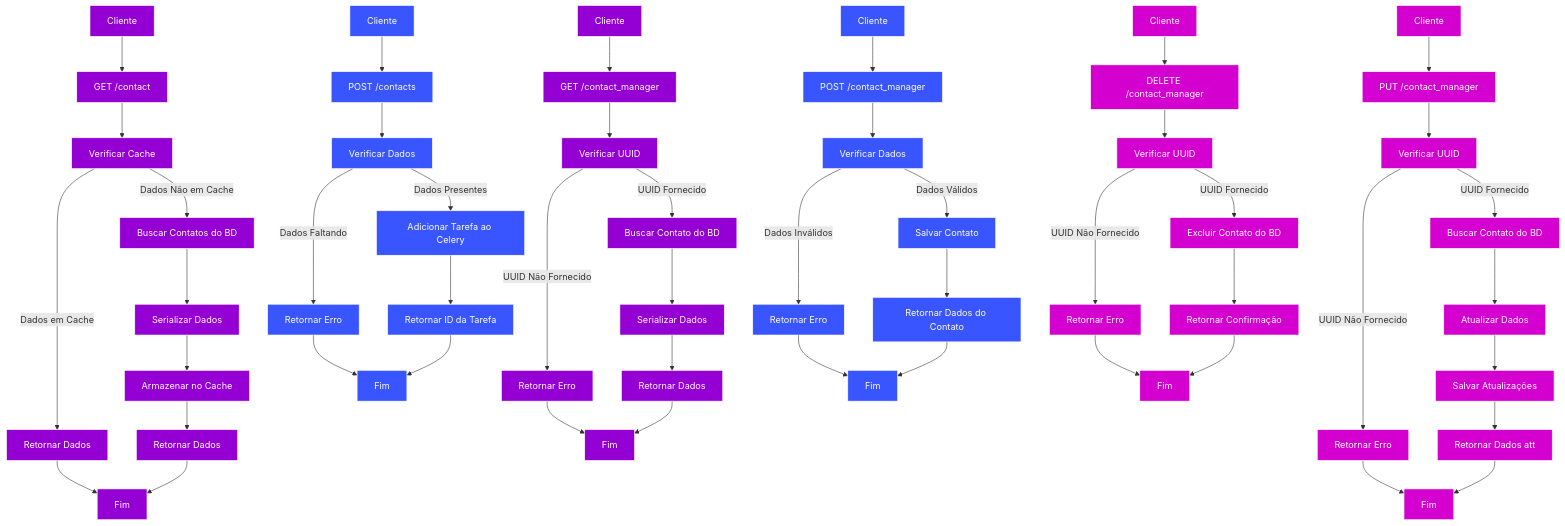
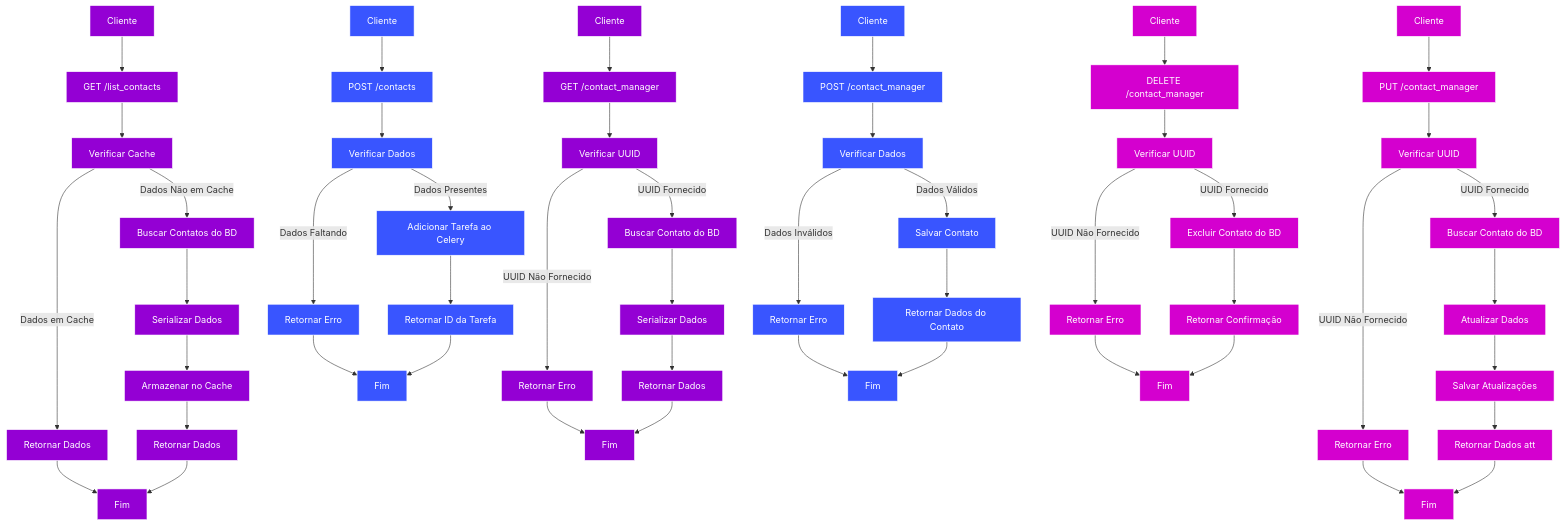
The diagram in diagrams.md (matheusbanqueiro/desafio-smbot), drawn with Mermaid before and after one commit. The commit also changed 3 other files, not shown here.

Commit message:
Style: Name of function get_all_contact replace for list_contacts

````diff
--- a/diagrams.md
+++ b/diagrams.md
@@ -14,68 +14,68 @@
 ```mermaid
 flowchart TD
     %% Estilos globais para o diagrama
     classDef azul fill:#3955FF,stroke:#ffffff,color:#ffffff;
     classDef rosa fill:#D400CF,stroke:#ffffff,color:#ffffff;
     classDef roxo fill:#9400D4,stroke:#ffffff,color:#ffffff;
 
-    A1[Cliente] --> B1[GET /contact]
+    A1[Cliente] --> B1[GET /list_contacts]
     B1 --> C1[Verificar Cache]
     C1 -->|Dados em Cache| D1[Retornar Dados]
     D1 --> E1[Fim]
     C1 -->|Dados Não em Cache| F1[Buscar Contatos do BD]
     F1 --> G1[Serializar Dados]
     G1 --> H1[Armazenar no Cache]
     H1 --> I1[Retornar Dados]
     I1 --> E1[Fim]
 
     A2[Cliente] --> B2[POST /contacts]
     B2 --> C2[Verificar Dados]
     C2 -->|Dados Faltando| D2[Retornar Erro]
     D2 --> E2[Fim]
     C2 -->|Dados Presentes| F2[Adicionar Tarefa ao Celery]
     F2 --> G2[Retornar ID da Tarefa]
     G2 --> E2[Fim]
 
     A3[Cliente] --> B3[GET /contact_manager]
     B3 --> C3[Verificar UUID]
     C3 -->|UUID Não Fornecido| D3[Retornar Erro]
     D3 --> E3[Fim]
     C3 -->|UUID Fornecido| F3[Buscar Contato do BD]
     F3 --> G3[Serializar Dados]
     G3 --> H3[Retornar Dados]
     H3 --> E3[Fim]
 
     A4[Cliente] --> B4[POST /contact_manager]
     B4 --> C4[Verificar Dados]
     C4 -->|Dados Inválidos| D4[Retornar Erro]
     D4 --> E4[Fim]
     C4 -->|Dados Válidos| F4[Salvar Contato]
     F4 --> G4[Retornar Dados do Contato]
     G4 --> E4[Fim]
 
     A5[Cliente] --> B5[PUT /contact_manager]
     B5 --> C5[Verificar UUID]
     C5 -->|UUID Não Fornecido| D5[Retornar Erro]
     D5 --> E5[Fim]
     C5 -->|UUID Fornecido| F5[Buscar Contato do BD]
     F5 --> G5[Atualizar Dados]
     G5 --> H5[Salvar Atualizações]
     H5 --> I5[Retornar Dados att]
     I5 --> E5[Fim]
 
     A6[Cliente] --> B6[DELETE /contact_manager]
     B6 --> C6[Verificar UUID]
     C6 -->|UUID Não Fornecido| D6[Retornar Erro]
     D6 --> E6[Fim]
     C6 -->|UUID Fornecido| F6[Excluir Contato do BD]
     F6 --> G6[Retornar Confirmação]
     G6 --> E6[Fim]
 
     %% Aplicando classes de cores de acordo com o tipo de requisição
     class A1,B1,C1,D1,E1,F1,G1,H1,I1 roxo; 
     class A2,B2,C2,D2,E2,F2,G2 azul;
     class A3,B3,C3,D3,E3,F3,G3,H3 roxo; 
     class A4,B4,C4,D4,E4,F4,G4 azul; 
     class A5,B5,C5,D5,E5,F5,G5,H5,I5 rosa;
     class A6,B6,C6,D6,E6,F6,G6 rosa;
 ```
````
